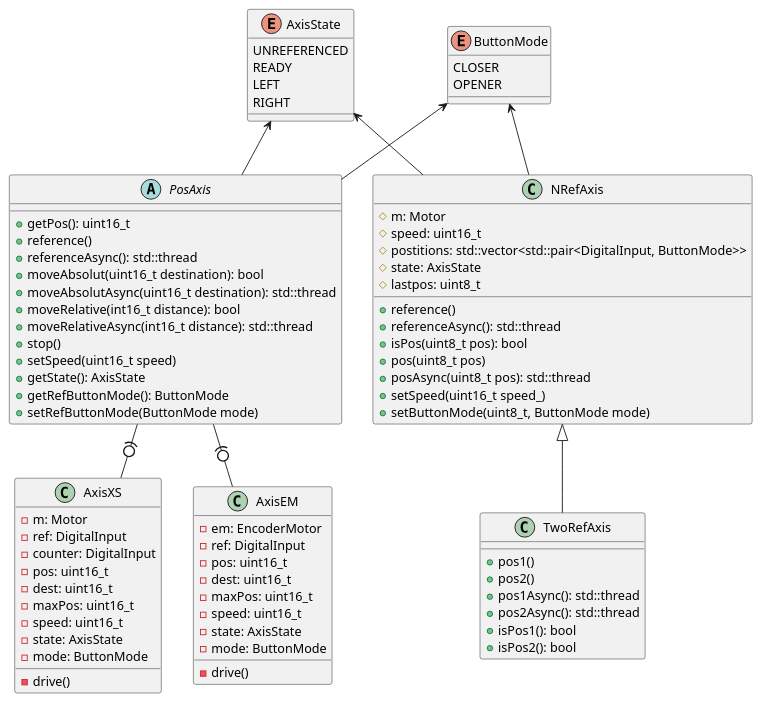
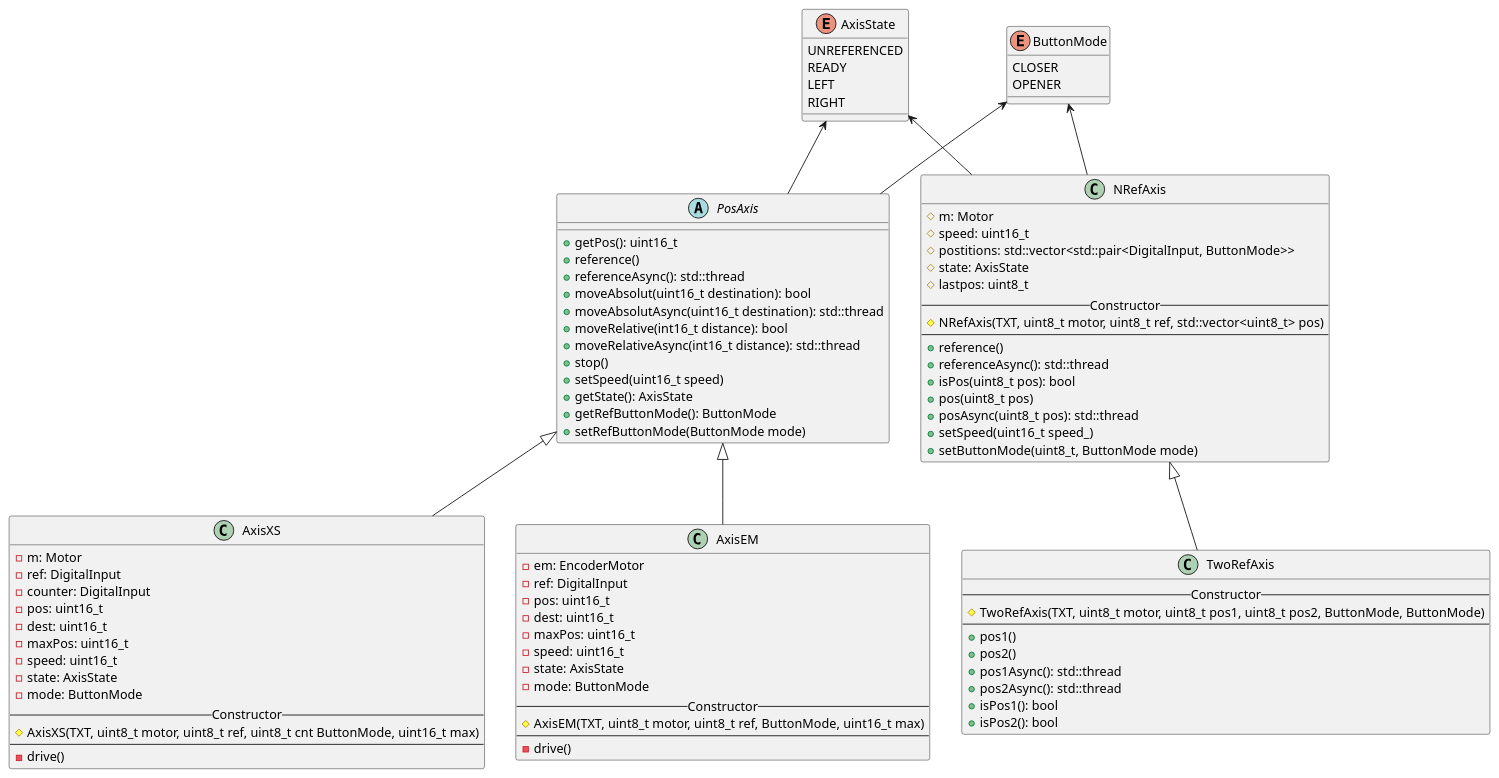
One commit to SchmidJoel/FischertechnikTXTApi changed the second of 5 diagrams in documentation/api.pu. Above: the diagram before and after it, drawn with PlantUML. The commit also changed other lines of this file and 5 other files, not shown here.

Commit message:
updated Diagrams

```diff
--- a/documentation/api.pu
+++ b/documentation/api.pu
@@ -158,87 +181,97 @@
 @startuml high-level-api
 enum AxisState {
     UNREFERENCED
     READY
     LEFT
     RIGHT
 }
 
 enum ButtonMode {
     CLOSER
     OPENER
 }
 
 abstract PosAxis {
     +getPos(): uint16_t
     +reference()
     +referenceAsync(): std::thread
     +moveAbsolut(uint16_t destination): bool
     +moveAbsolutAsync(uint16_t destination): std::thread
     +moveRelative(int16_t distance): bool
     +moveRelativeAsync(int16_t distance): std::thread
     +stop()
     +setSpeed(uint16_t speed)
     +getState(): AxisState
     +getRefButtonMode(): ButtonMode
     +setRefButtonMode(ButtonMode mode)
 }
 
 class AxisEM {
     -em: EncoderMotor
     -ref: DigitalInput
     -pos: uint16_t
     -dest: uint16_t
     -maxPos: uint16_t
     -speed: uint16_t
     -state: AxisState
     -mode: ButtonMode
+    --Constructor--
+    #AxisEM(TXT, uint8_t motor, uint8_t ref, ButtonMode, uint16_t max)
+    ----
     -drive()
 }
 
 class AxisXS {
     -m: Motor
     -ref: DigitalInput
     -counter: DigitalInput
     -pos: uint16_t
     -dest: uint16_t
     -maxPos: uint16_t
     -speed: uint16_t
     -state: AxisState
     -mode: ButtonMode
+    --Constructor--
+    #AxisXS(TXT, uint8_t motor, uint8_t ref, uint8_t cnt ButtonMode, uint16_t max)
+    ----
     -drive()
 }
 
-class NRefAxis
-{
+class NRefAxis {
     #m: Motor
     #speed: uint16_t
     #postitions: std::vector<std::pair<DigitalInput, ButtonMode>>
     #state: AxisState
     #lastpos: uint8_t
-
+    --Constructor--
+    #NRefAxis(TXT, uint8_t motor, uint8_t ref, std::vector<uint8_t> pos)
+    ----
     +reference()
     +referenceAsync(): std::thread
     +isPos(uint8_t pos): bool
     +pos(uint8_t pos)
     +posAsync(uint8_t pos): std::thread
     +setSpeed(uint16_t speed_)
     +setButtonMode(uint8_t, ButtonMode mode)
 }
 
 class TwoRefAxis {
+    --Constructor--
+    #TwoRefAxis(TXT, uint8_t motor, uint8_t pos1, uint8_t pos2, ButtonMode, ButtonMode)
+    ----
     +pos1()
     +pos2()
     +pos1Async(): std::thread
     +pos2Async(): std::thread
     +isPos1(): bool
     +isPos2(): bool
 }
 
-PosAxis -(0- AxisEM
-PosAxis -(0- AxisXS
+PosAxis <|-- AxisEM
+PosAxis <|-- AxisXS
 NRefAxis <|-- TwoRefAxis
 ButtonMode <-- NRefAxis
 AxisState <-- NRefAxis
 AxisState <-- PosAxis
 ButtonMode <-- PosAxis
 @enduml
```
